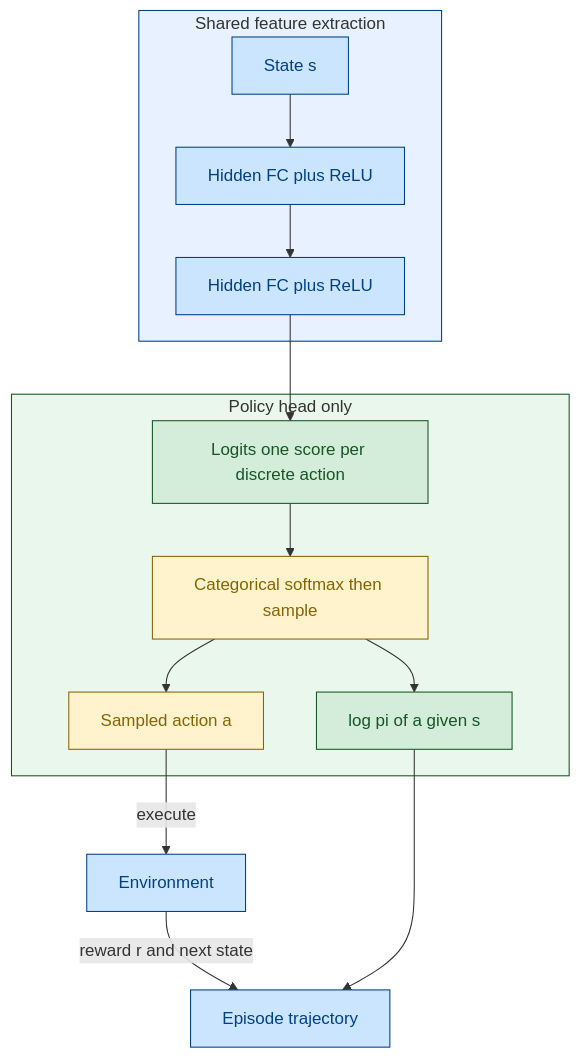
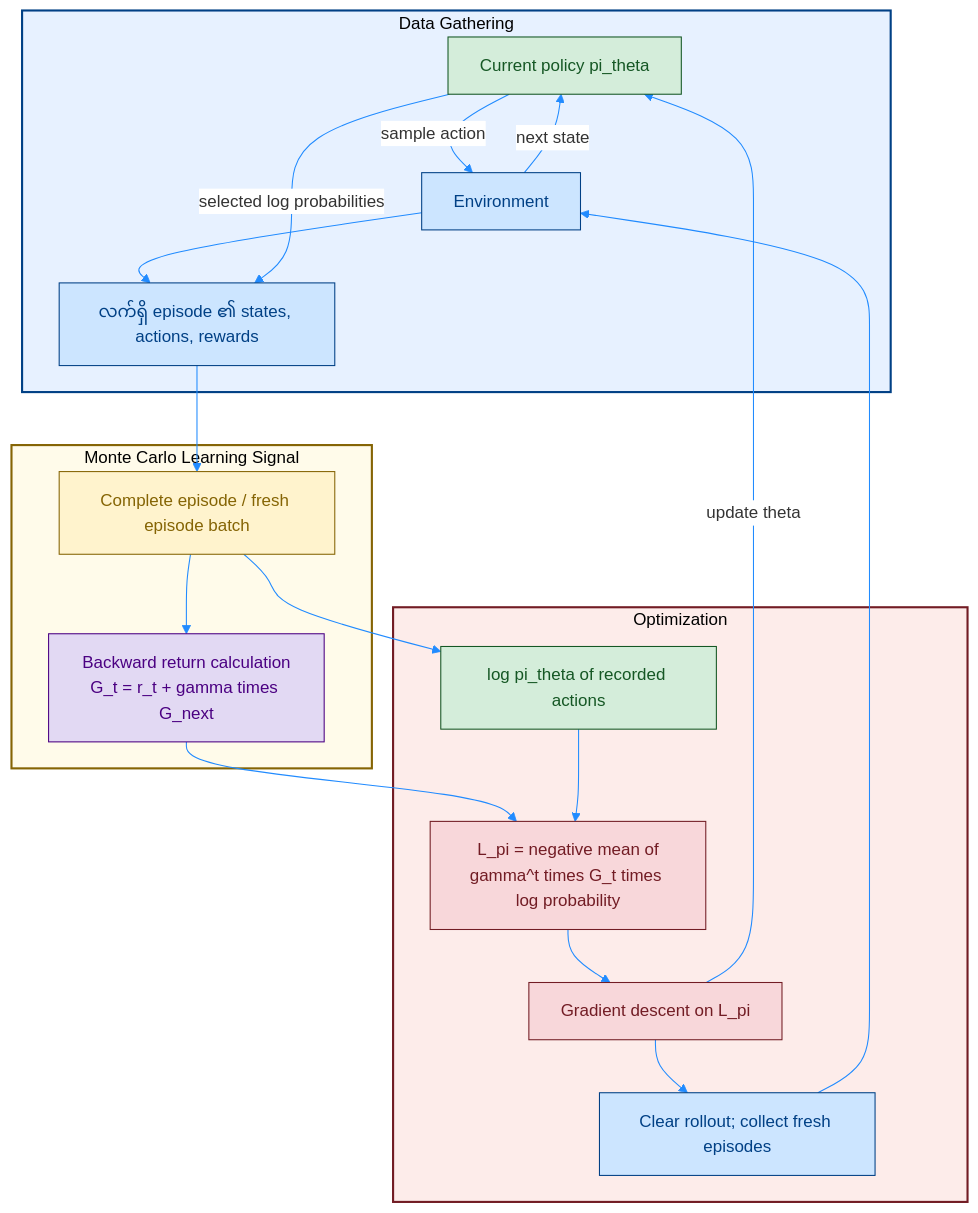
One commit to Open-Source-Robotics-For-Myanmar/rl changed the second of 3 diagrams in Day81 RL python/02_Miguel Morales - Grokking Deep Reinforcement Learning/02_rl_with_dl/rom_photos/06_1_PB_REINFORCE.md. Above: the diagram before and after it, drawn with Mermaid. The commit also changed other lines of this file and 5 other files, not shown here.

Commit message:
docs: organize paper and architecture notes in README

````diff
--- a/Day81 RL python/02_Miguel Morales - Grokking Deep Reinforcement Learning/02_rl_with_dl/rom_photos/06_1_PB_REINFORCE.md
+++ b/Day81 RL python/02_Miguel Morales - Grokking Deep Reinforcement Learning/02_rl_with_dl/rom_photos/06_1_PB_REINFORCE.md
@@ -65,25 +62,37 @@
 ```mermaid
+%%{init: {'theme': 'base', 'themeVariables': { 'primaryColor': '#ffffff', 'lineColor': '#218bff'}}}%%
 flowchart TD
-    subgraph Phase1["Shared feature extraction"]
-        S["State s"]:::shared --> H1["Hidden FC plus ReLU"]:::shared
-        H1 --> H2["Hidden FC plus ReLU"]:::shared
+    subgraph Phase1 [Data Gathering]
+        P["Current policy pi_theta"] -->|"sample action"| E["Environment"]
+        E -->|"next state"| P
+        E --> D["လက်ရှိ episode ၏ states, actions, rewards"]
+        P -->|"selected log probabilities"| D
+    end
+    subgraph Phase2 [Monte Carlo Learning Signal]
+        D --> B["Complete episode / fresh episode batch"]
+        B --> G["Backward return calculation<br/>G_t = r_t + gamma times G_next"]
+    end
+    subgraph Phase3 [Optimization]
+        B --> LP["log pi_theta of recorded actions"]
+        G --> L["L_pi = negative mean of<br/>gamma^t times G_t times log probability"]
+        LP --> L
+        L --> O["Gradient descent on L_pi"]
+        O -->|"update theta"| P
+        O --> N["Clear rollout; collect fresh episodes"]
+        N --> E
     end
 
-    subgraph Phase2["Policy head only"]
-        H2 --> Logits["Logits one score per discrete action"]:::policy
-        Logits --> Dist["Categorical softmax then sample"]:::sample
-        Dist --> Act["Sampled action a"]:::sample
-        Dist --> LP["log pi of a given s"]:::policy
-    end
-
-    Act -->|"execute"| Env["Environment"]:::shared
-    Env -->|"reward r and next state"| Traj["Episode trajectory"]:::shared
-    LP --> Traj
-
-    classDef shared fill:#cce5ff,stroke:#004085,color:#004085
-    classDef policy fill:#d4edda,stroke:#155724,color:#155724
-    classDef sample fill:#fff3cd,stroke:#856404,color:#856404
-
-    style Phase1 fill:#e7f1ff,stroke:#004085
-    style Phase2 fill:#eaf7ec,stroke:#155724
+    classDef data fill:#cce5ff,stroke:#004085,stroke-width:1px,color:#004085;
+    classDef policy fill:#d4edda,stroke:#155724,stroke-width:1px,color:#155724;
+    classDef batch fill:#fff3cd,stroke:#856404,stroke-width:1px,color:#856404;
+    classDef signal fill:#e2d9f3,stroke:#4b0082,stroke-width:1px,color:#4b0082;
+    classDef train fill:#f8d7da,stroke:#721c24,stroke-width:1px,color:#721c24;
+    class E,D,N data;
+    class P,LP policy;
+    class B batch;
+    class G signal;
+    class L,O train;
+    style Phase1 fill:#e7f1ff,stroke:#004085,stroke-width:2px;
+    style Phase2 fill:#fffbea,stroke:#856404,stroke-width:2px;
+    style Phase3 fill:#fdecea,stroke:#721c24,stroke-width:2px;
 ```
````
